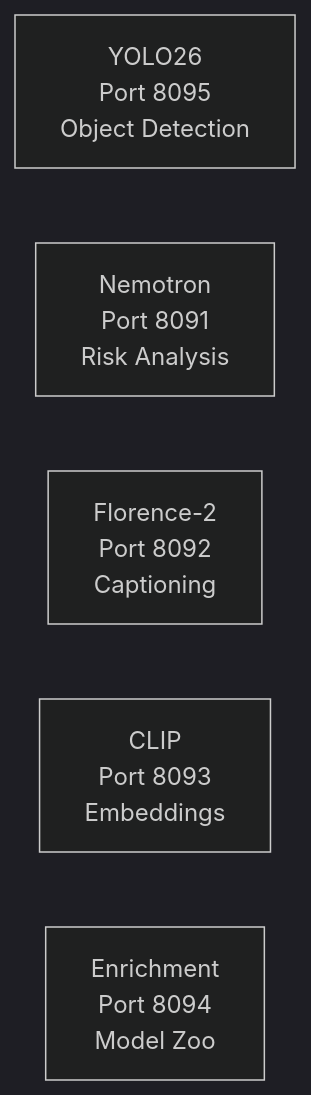
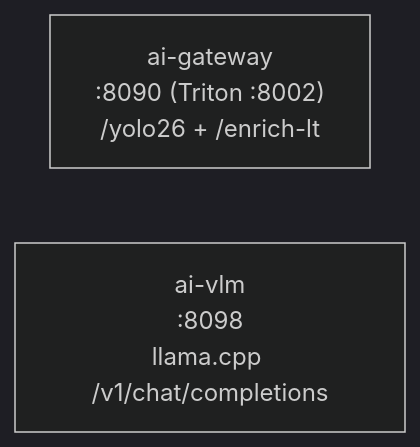
The second of 9 diagrams in docs/diagrams/README.md (mikesvoboda/nemotron-v3-home-security-intelligence), drawn with Mermaid before and after one commit. The commit also changed other lines of this file and 231 other files, not shown here.

````diff
--- a/docs/diagrams/README.md
+++ b/docs/diagrams/README.md
@@ -64,9 +71,6 @@
 ```mermaid
 %%{init: {'theme': 'dark'}}%%
 flowchart LR
-    YOLO["YOLO26<br/>Port 8095<br/>Object Detection"]
-    NEM["Nemotron<br/>Port 8091<br/>Risk Analysis"]
-    FLOR["Florence-2<br/>Port 8092<br/>Captioning"]
-    CLIP["CLIP<br/>Port 8093<br/>Embeddings"]
-    ENR["Enrichment<br/>Port 8094<br/>Model Zoo"]
+    GW["ai-gateway<br/>:8090 (Triton :8002)<br/>/yolo26 + /enrich-lt"]
+    VLM["ai-vlm<br/>:8098<br/>llama.cpp /v1/chat/completions"]
 ```
````
